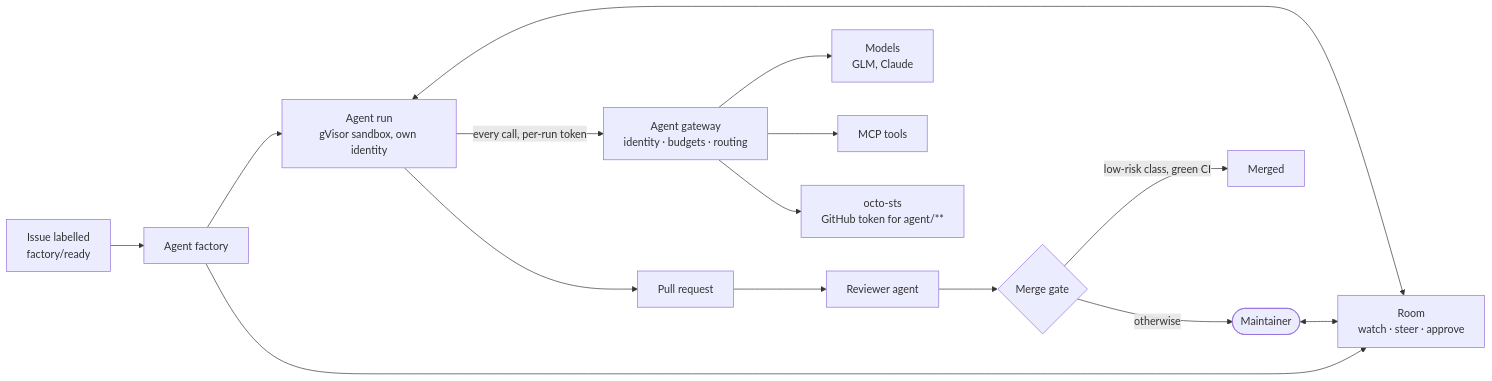
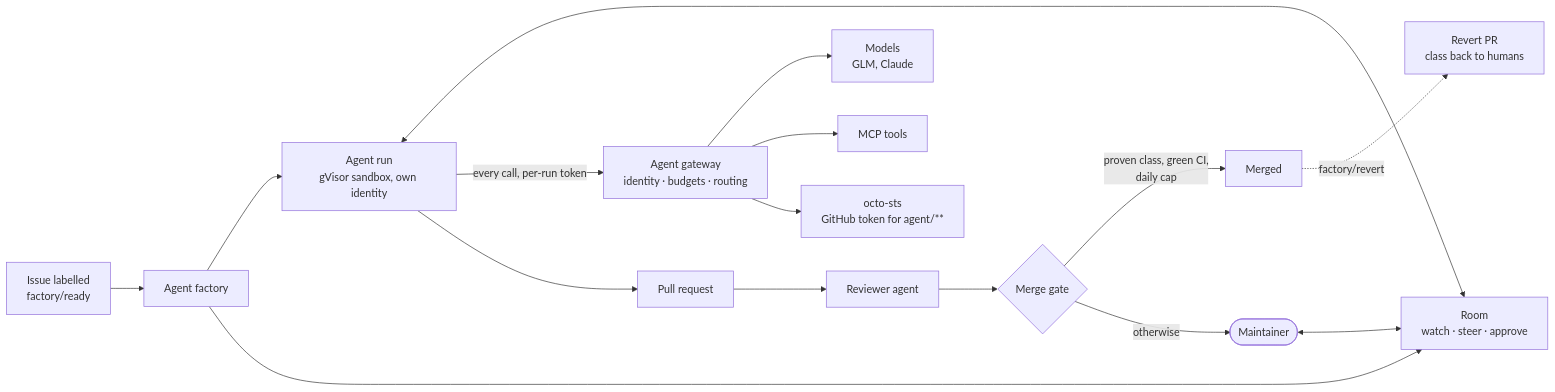
The diagram in README.md (Smana/ai-native-ref), drawn with Mermaid before and after one commit. The commit also changed other lines of this file, not shown here.

Commit message:
docs(readme): the intent and benefits, v2.0 shipped, the v3 roadmap

````diff
--- a/README.md
+++ b/README.md
@@ -27,15 +69,16 @@
 ```mermaid
 flowchart LR
   issue["Issue labelled<br/>factory/ready"] --> factory["Agent factory"]
   factory --> run["Agent run<br/>gVisor sandbox, own identity"]
   factory --> room["Room<br/>watch · steer · approve"]
   human(["Maintainer"]) <--> room
   run <--> room
   run -->|"every call, per-run token"| gw["Agent gateway<br/>identity · budgets · routing"]
   gw --> models["Models<br/>GLM, Claude"]
   gw --> tools["MCP tools"]
   gw --> sts["octo-sts<br/>GitHub token for agent/**"]
   run --> pr["Pull request"] --> review["Reviewer agent"] --> gate{"Merge gate"}
-  gate -->|"low-risk class, green CI"| merged["Merged"]
+  gate -->|"proven class, green CI,<br/>daily cap"| merged["Merged"]
   gate -->|"otherwise"| human
+  merged -.->|"factory/revert"| revert["Revert PR<br/>class back to humans"]
 ```
````
